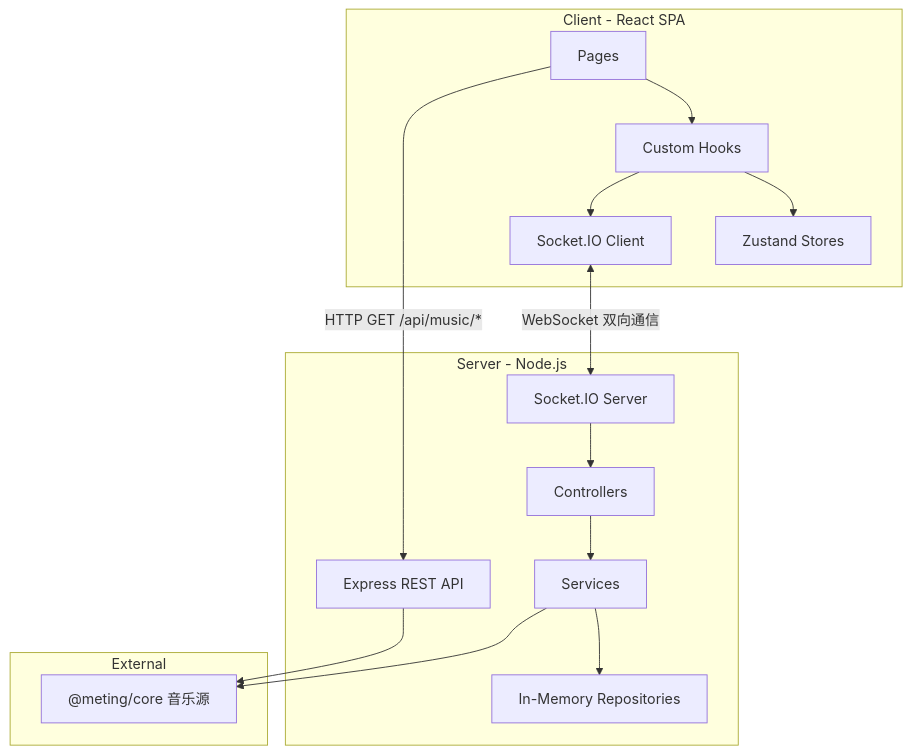
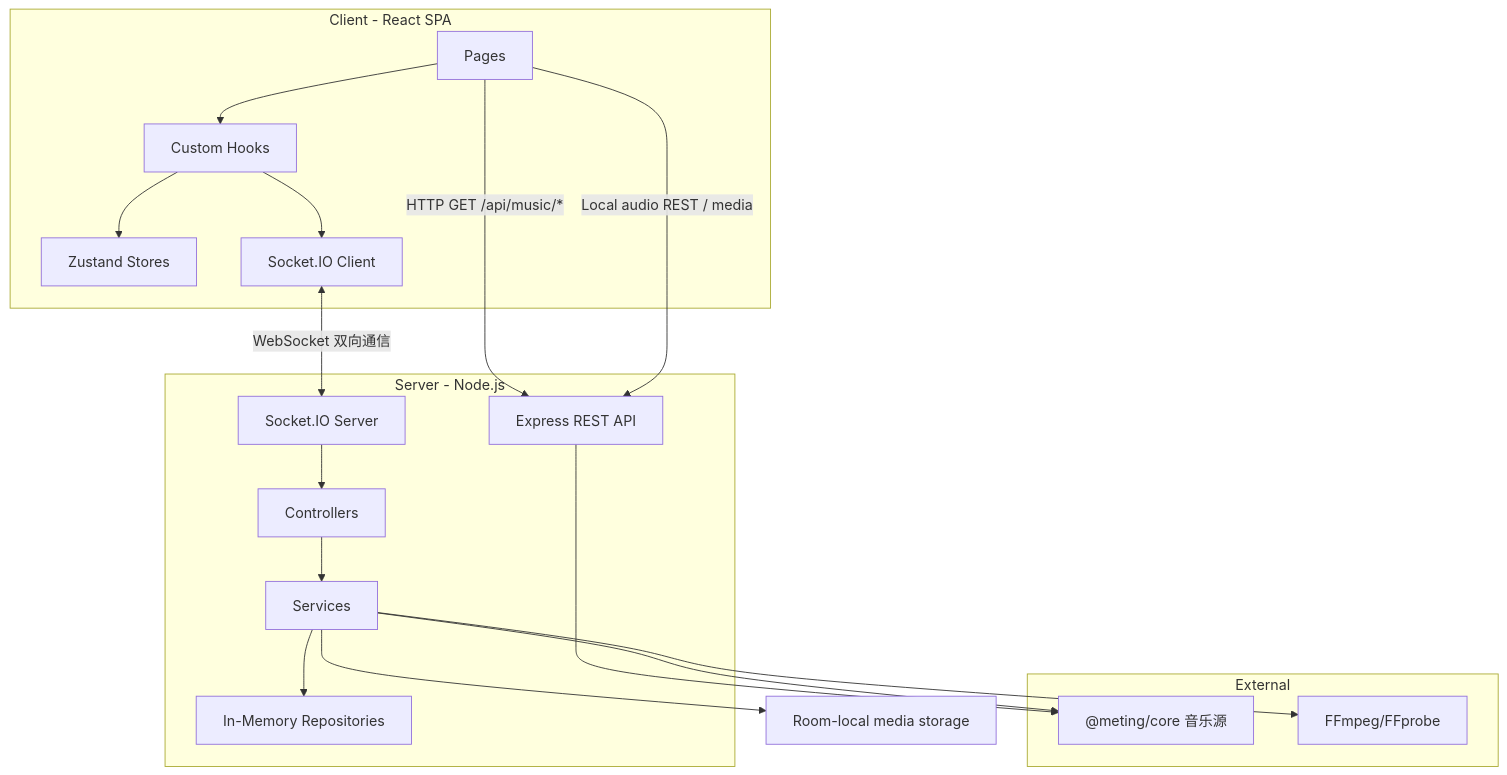
One commit to dsdioV/vinyl-together changed the diagram in docs/architecture/data-flow.md. Above: the diagram before and after it, drawn with Mermaid. The commit also changed other lines of this file and 68 other files, not shown here.

````diff
--- a/docs/architecture/data-flow.md
+++ b/docs/architecture/data-flow.md
@@ -5,34 +5,40 @@
 ```mermaid
 graph TB
   subgraph client [Client - React SPA]
     Pages[Pages]
     Hooks[Custom Hooks]
     Stores[Zustand Stores]
     SocketClient[Socket.IO Client]
   end
 
   subgraph server [Server - Node.js]
     Express[Express REST API]
     SocketServer[Socket.IO Server]
     Controllers[Controllers]
     Services[Services]
     Repos[In-Memory Repositories]
   end
 
   subgraph external [External]
     Meting["@meting/core 音乐源"]
+    FFmpeg["FFmpeg/FFprobe"]
   end
+
+  LocalStorage["Room-local media storage"]
 
   Pages --> Hooks
   Hooks --> Stores
   Hooks --> SocketClient
 
   SocketClient <-->|"WebSocket 双向通信"| SocketServer
   Pages -->|"HTTP GET /api/music/*"| Express
+  Pages -->|"Local audio REST / media"| Express
 
   SocketServer --> Controllers
   Controllers --> Services
   Services --> Repos
   Express --> Meting
   Services --> Meting
+  Services --> FFmpeg
+  Services --> LocalStorage
 ```
````
